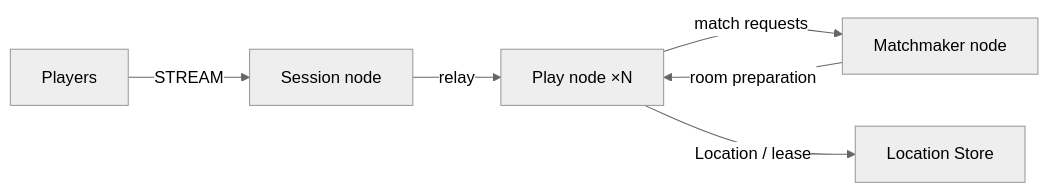
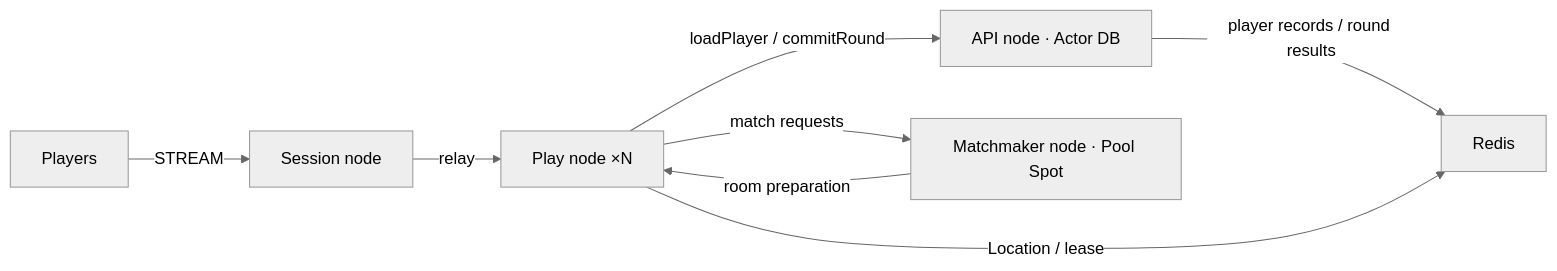
The diagram in framework/languages/java/templates/java/board-tables/my-game/README.ko.md (zlink-systems/zlink), drawn with Mermaid (neutral theme) before and after one commit. The commit also changed other lines of this file and 34 other files, not shown here.

Commit message:
feat(templates): Java board-tables API node(Actor DB) — loadPlayer 한 번, 판 결과 commitRound 한 번, persist 시나리오 (#5350)

````diff
--- a/framework/languages/java/templates/java/board-tables/my-game/README.ko.md
+++ b/framework/languages/java/templates/java/board-tables/my-game/README.ko.md
@@ -7,8 +7,10 @@
 ```mermaid
 flowchart LR
   players[Players] -->|STREAM| session[Session node]
   session -->|relay| tables[Play node ×N]
-  tables -->|match requests| matchmaker[Matchmaker node]
+  tables -->|loadPlayer / commitRound| api[API node · Actor DB]
+  api -->|player records / round results| location
+  tables -->|match requests| matchmaker[Matchmaker node · Pool Spot]
   matchmaker -->|room preparation| tables
-  tables -->|Location / lease| location[Location Store]
+  tables -->|Location / lease| location[Redis]
 ```
````
